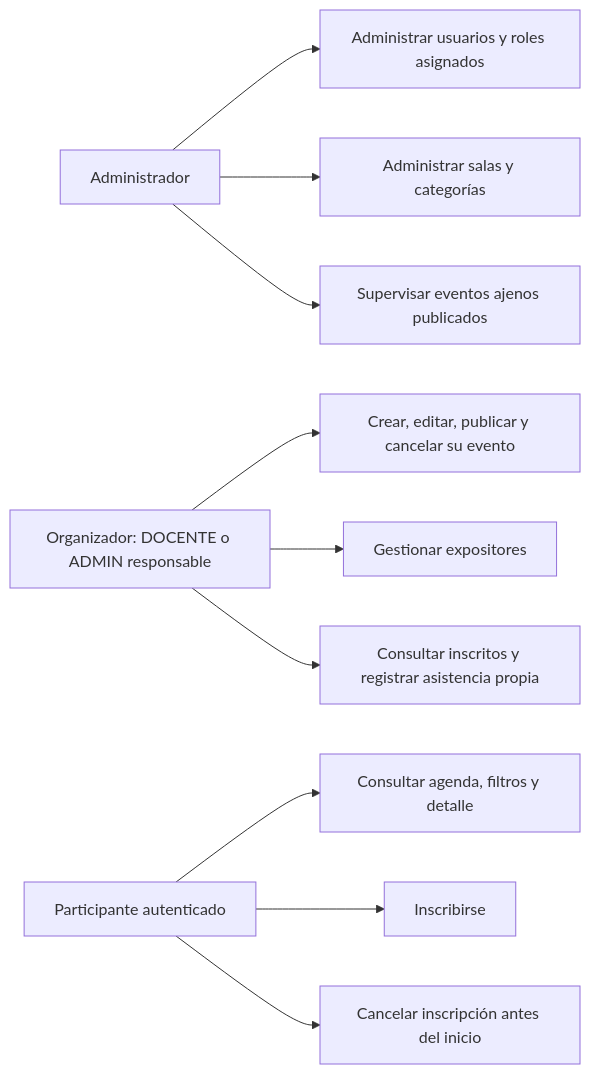
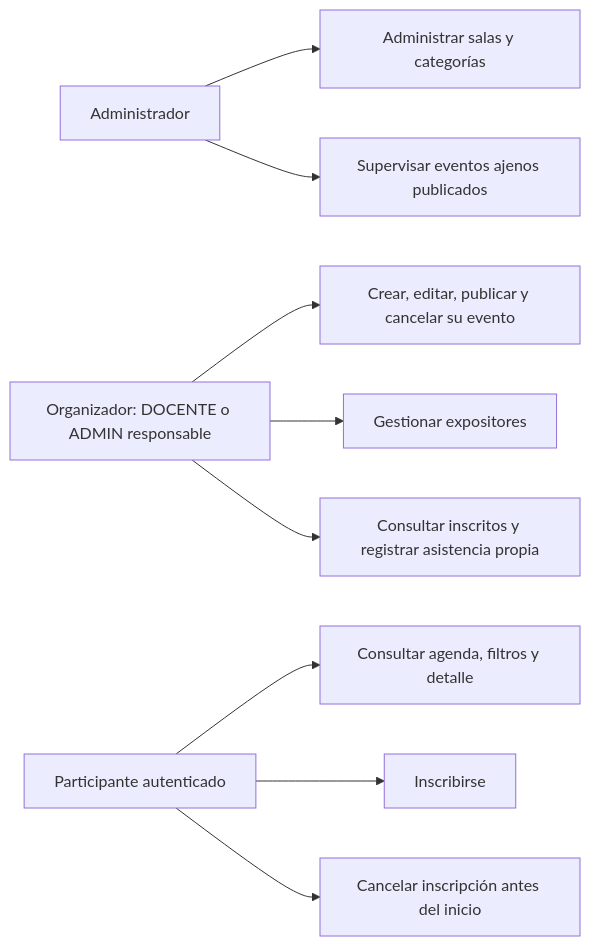
The first of 6 diagrams in docs/entrega/diagramas.md (IS-LAB-EIC-UCN/sigu_ucn), drawn with Mermaid before and after one commit. The commit also changed 12 other files, not shown here.

Commit message:
Grupo 6: ajustar informe diagramas y evidencia al alcance exclusivo de eventos

````diff
--- a/docs/entrega/diagramas.md
+++ b/docs/entrega/diagramas.md
@@ -7,12 +7,11 @@
 ```mermaid
 flowchart LR
-    A[Administrador] --> U[Administrar usuarios y roles asignados]
-    A --> S[Administrar salas y categorías]
+    A[Administrador] --> S[Administrar salas y categorías]
     A --> V[Supervisar eventos ajenos publicados]
     O[Organizador: DOCENTE o ADMIN responsable] --> E[Crear, editar, publicar y cancelar su evento]
     O --> X[Gestionar expositores]
     O --> R[Consultar inscritos y registrar asistencia propia]
     P[Participante autenticado] --> C[Consultar agenda, filtros y detalle]
     P --> I[Inscribirse]
     P --> N[Cancelar inscripción antes del inicio]
 ```
````
